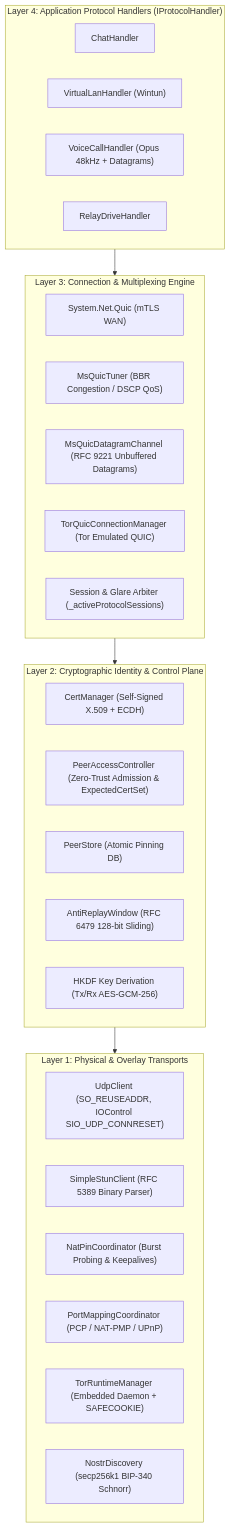
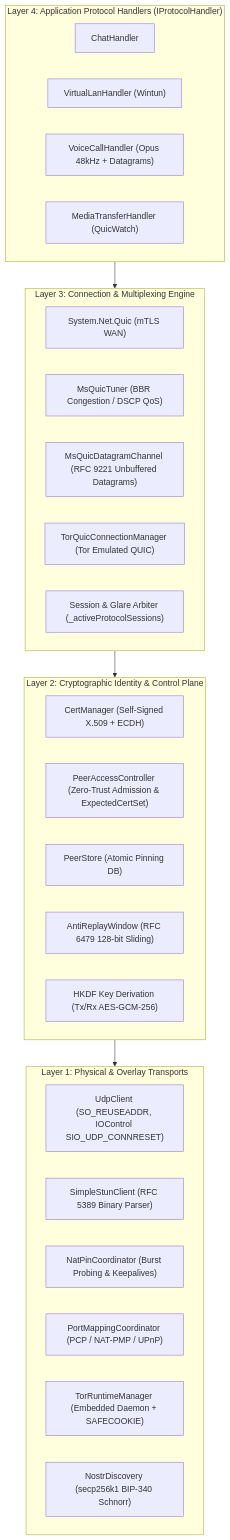
The first of 2 diagrams in doc/architecture/overview.md (Mrgaton/QuicPunch), drawn with Mermaid before and after one commit. The commit also changed other lines of this file and 1036 other files, not shown here.

````diff
--- a/doc/architecture/overview.md
+++ b/doc/architecture/overview.md
@@ -23,38 +23,38 @@
 ```mermaid
 graph TD
     subgraph AppLayer [" Layer 4: Application Protocol Handlers (IProtocolHandler)"]
         Chat[" ChatHandler"]
         LAN[" VirtualLanHandler (Wintun)"]
         Voice[" VoiceCallHandler (Opus 48kHz + Datagrams)"]
-        Drive[" RelayDriveHandler"]
+        Drive[" MediaTransferHandler (QuicWatch)"]
     end
 
     subgraph QuicLayer [" Layer 3: Connection & Multiplexing Engine"]
         NativeQuic["System.Net.Quic (mTLS WAN)"]
         MsTuner["MsQuicTuner (BBR Congestion / DSCP QoS)"]
         DgramChan["MsQuicDatagramChannel (RFC 9221 Unbuffered Datagrams)"]
         TorQuic["TorQuicConnectionManager (Tor Emulated QUIC)"]
         SessionReg["Session & Glare Arbiter (_activeProtocolSessions)"]
     end
 
     subgraph SecLayer [" Layer 2: Cryptographic Identity & Control Plane"]
         CertMgr["CertManager (Self-Signed X.509 + ECDH)"]
         AccessCtrl["PeerAccessController (Zero-Trust Admission & ExpectedCertSet)"]
         PeerStore["PeerStore (Atomic Pinning DB)"]
         AntiReplay["AntiReplayWindow (RFC 6479 128-bit Sliding)"]
         HKDF["HKDF Key Derivation (Tx/Rx AES-GCM-256)"]
     end
 
     subgraph NetLayer [" Layer 1: Physical & Overlay Transports"]
         SocketUdp["UdpClient (SO_REUSEADDR, IOControl SIO_UDP_CONNRESET)"]
         StunClient["SimpleStunClient (RFC 5389 Binary Parser)"]
         NatPin["NatPinCoordinator (Burst Probing & Keepalives)"]
         PortMap["PortMappingCoordinator (PCP / NAT-PMP / UPnP)"]
         TorRuntime["TorRuntimeManager (Embedded Daemon + SAFECOOKIE)"]
         NostrSig["NostrDiscovery (secp256k1 BIP-340 Schnorr)"]
     end
 
     AppLayer --> QuicLayer
     QuicLayer --> SecLayer
     SecLayer --> NetLayer
 ```
````
